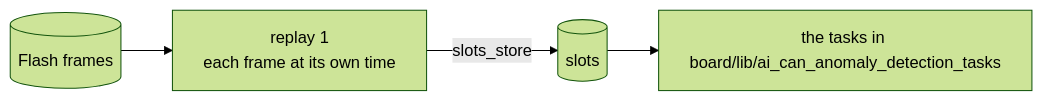
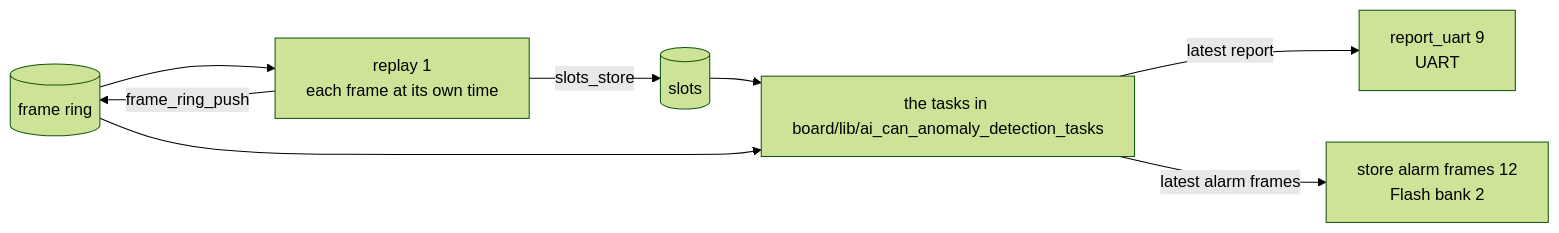
One commit to asana17/ai_can_anomaly_detection changed the diagram in board/application/can_path_from_flash/README.md. Above: the diagram before and after it, drawn with Mermaid (forest theme). The commit also changed other lines of this file and 2 other files, not shown here.

Commit message:
docs(board): describe the alarm frames the board writes to Flash

````diff
--- a/board/application/can_path_from_flash/README.md
+++ b/board/application/can_path_from_flash/README.md
@@ -6,6 +6,10 @@
 ```mermaid
 flowchart LR
     frames[(Flash frames)] --> replay["replay 1<br/>each frame at its own time"]
     replay -- slots_store --> slots[(slots)]
+    replay -- frame_ring_push --> frames[(frame ring)]
     slots --> tasks["the tasks in board/lib/ai_can_anomaly_detection_tasks"]
+    frames --> tasks
+    tasks -- latest report --> uart["report_uart 9<br/>UART"]
+    tasks -- latest alarm frames --> store["store alarm frames 12<br/>Flash bank 2"]
 ```
````
